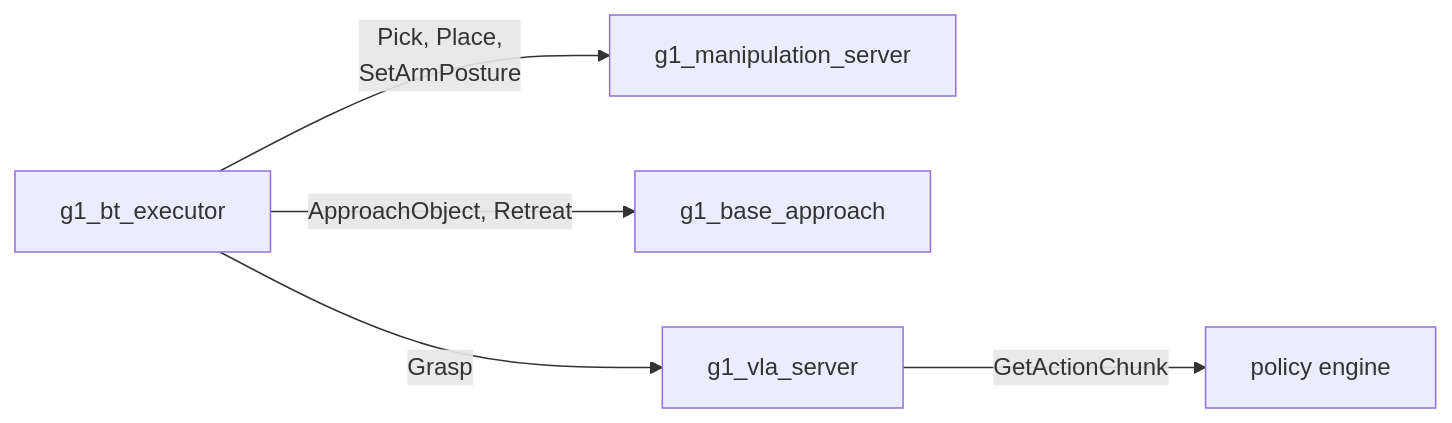
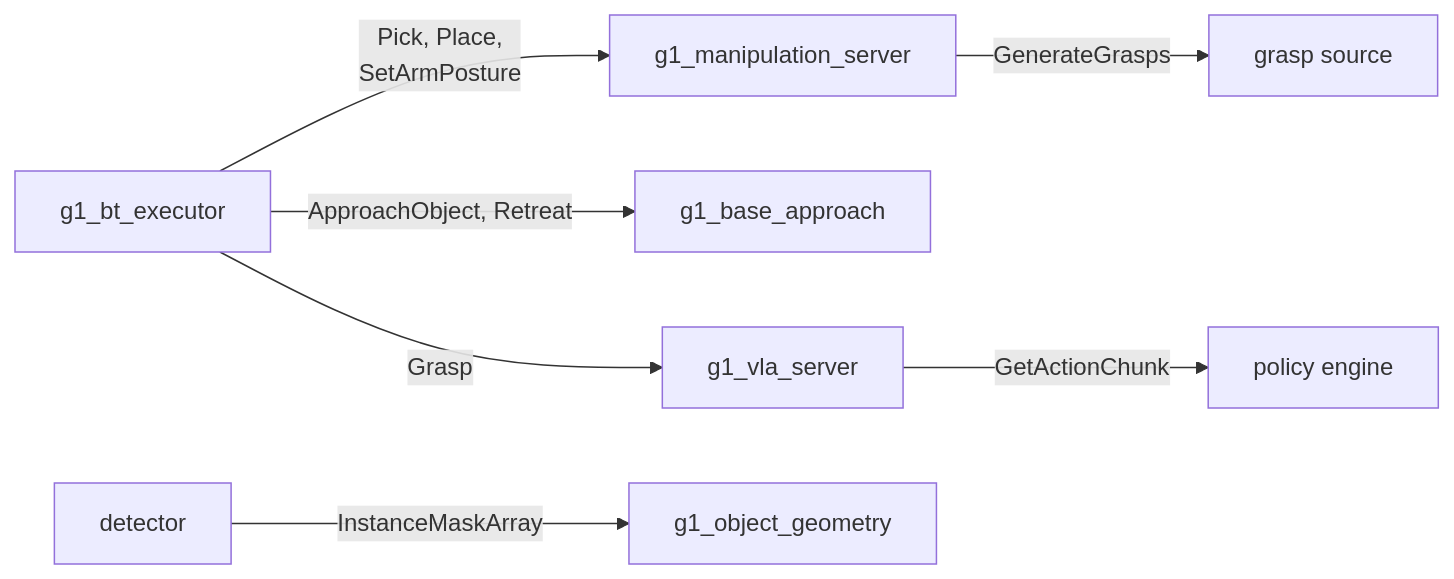
One commit to Adyansh04/grove-g1 changed the diagram in workspace/src/g1_msgs/README.md. Above: the diagram before and after it, drawn with Mermaid. The commit also changed other lines of this file and 327 other files, not shown here.

````diff
--- a/workspace/src/g1_msgs/README.md
+++ b/workspace/src/g1_msgs/README.md
@@ -9,7 +8,9 @@
 ```mermaid
 flowchart LR
     BT["g1_bt_executor"] -- "Pick, Place,<br/>SetArmPosture" --> MS["g1_manipulation_server"]
     BT -- "ApproachObject, Retreat" --> BA["g1_base_approach"]
     BT -- "Grasp" --> VS["g1_vla_server"]
     VS -- "GetActionChunk" --> PE["policy engine"]
+    MS -- "GenerateGrasps" --> GS["grasp source"]
+    D["detector"] -- "InstanceMaskArray" --> G["g1_object_geometry"]
 ```
````
